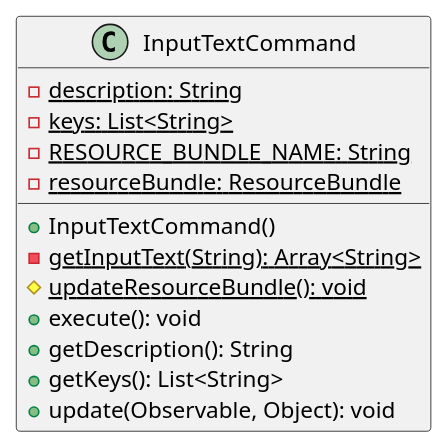
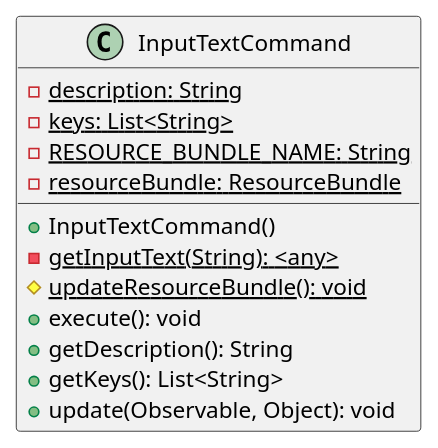
The diagram in malokhvii-eduard/malokhvii04/doc/plantuml/ua/khpi/oop/malokhvii04/shell/commands/text/InputTextCommand.puml (P-Kalin/kit26a), drawn with PlantUML before and after one commit. The commit also changed 37 other files, not shown here.

Commit message:
#1, #3 malokhvii04: update graphs

```diff
--- a/malokhvii-eduard/malokhvii04/doc/plantuml/ua/khpi/oop/malokhvii04/shell/commands/text/InputTextCommand.puml
+++ b/malokhvii-eduard/malokhvii04/doc/plantuml/ua/khpi/oop/malokhvii04/shell/commands/text/InputTextCommand.puml
@@ -1,17 +1,17 @@
 @startuml
 
     class InputTextCommand {
         {static} -description: String
         {static} -keys: List<String>
         {static} -RESOURCE_BUNDLE_NAME: String
         {static} -resourceBundle: ResourceBundle
         +InputTextCommand()
-        {static} -getInputText(String): Array<String>
+        {static} -getInputText(String): <any>
         {static} #updateResourceBundle(): void
         +execute(): void
         +getDescription(): String
         +getKeys(): List<String>
         +update(Observable, Object): void
     }
 
 @enduml
```
